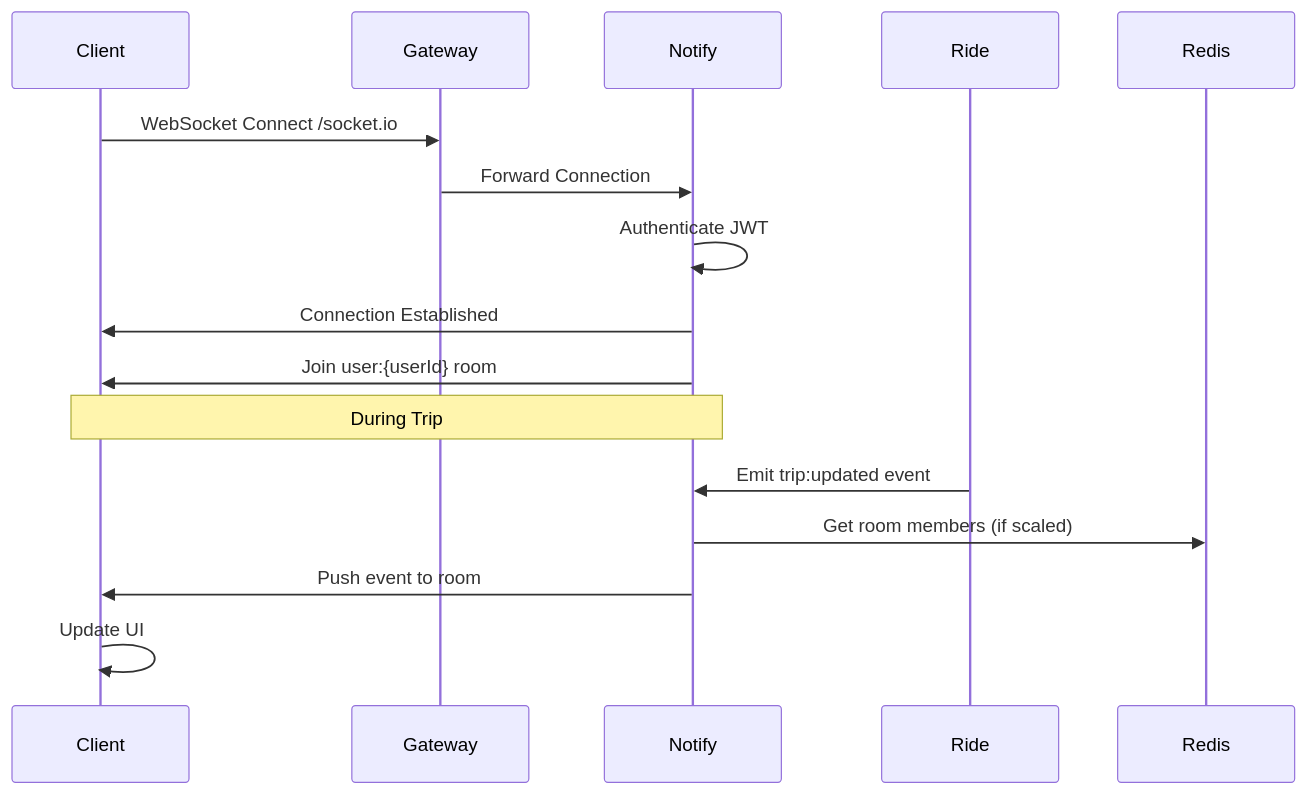
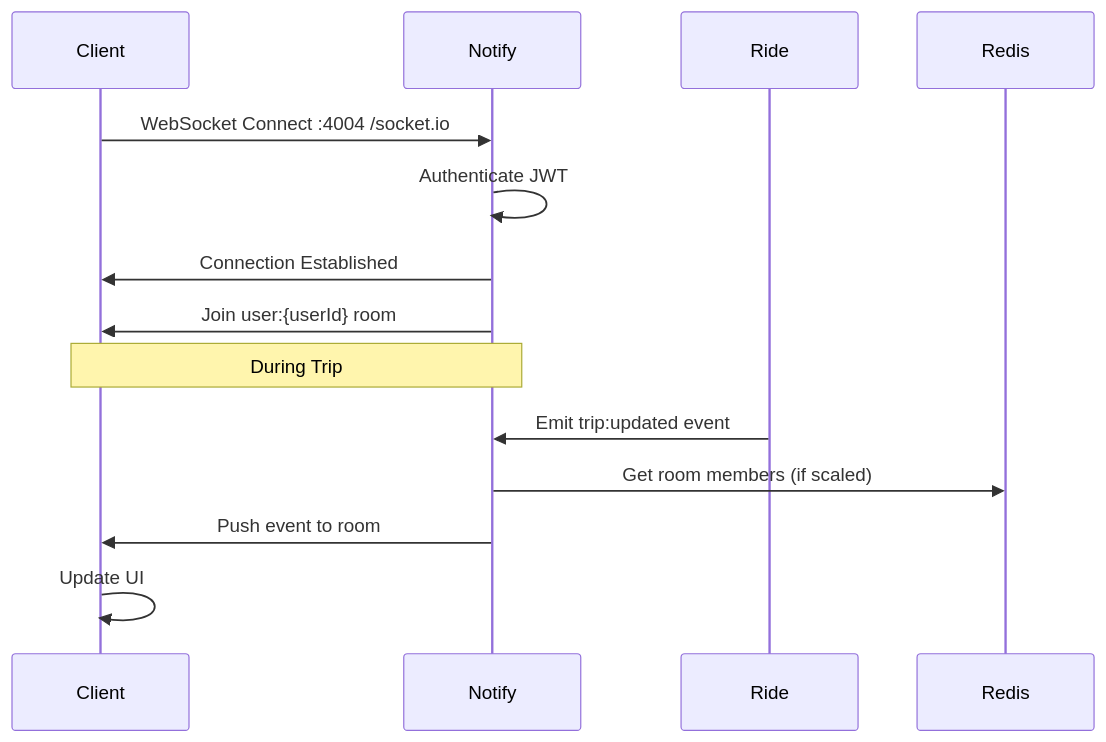
The diagram in backend/docs/websockets.md (13x54n/Eve), drawn with Mermaid before and after one commit. The commit also changed other lines of this file and 125 other files, not shown here.

````diff
--- a/backend/docs/websockets.md
+++ b/backend/docs/websockets.md
@@ -41,21 +41,19 @@
 ```mermaid
 sequenceDiagram
     participant Client
-    participant Gateway
     participant Notify
     participant Ride
     participant Redis
 
-    Client->>Gateway: WebSocket Connect /socket.io
-    Gateway->>Notify: Forward Connection
+    Client->>Notify: WebSocket Connect :4004 /socket.io
     Notify->>Notify: Authenticate JWT
     Notify->>Client: Connection Established
     Notify->>Client: Join user:{userId} room
     
     Note over Client,Notify: During Trip
     
     Ride->>Notify: Emit trip:updated event
     Notify->>Redis: Get room members (if scaled)
     Notify->>Client: Push event to room
     Client->>Client: Update UI
 ```
````
